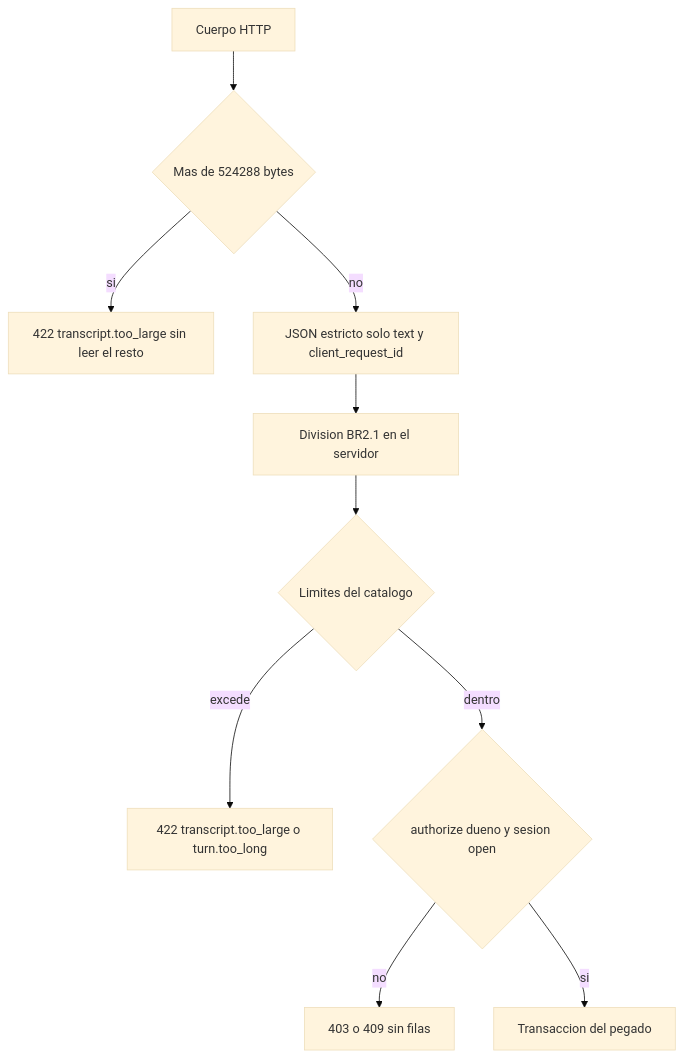
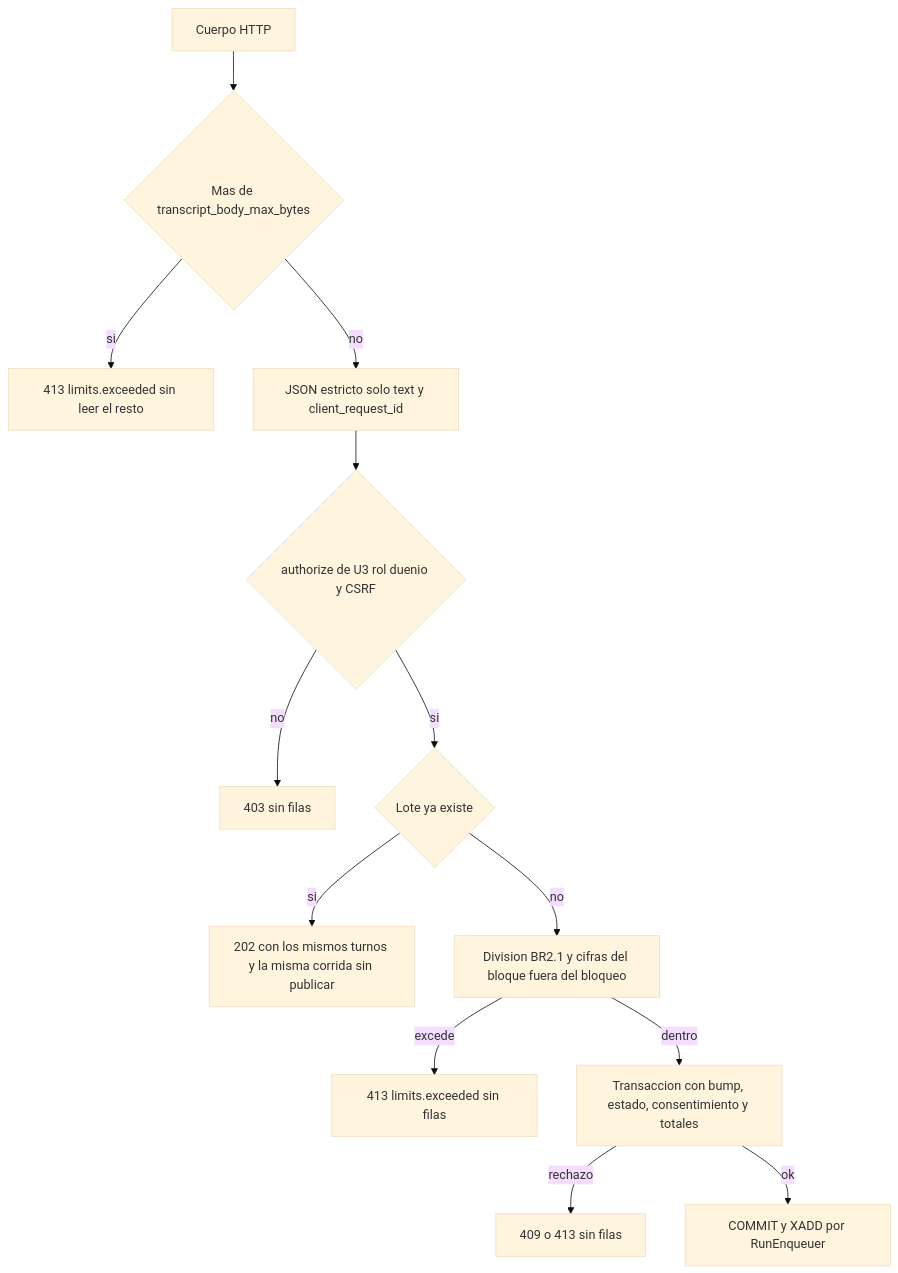
One commit to freyesJaveriana/tai changed the first of 3 diagrams in aidlc/spaces/default/intents/261002-veridicus-mvp/construction/session-lifecycle/nfr-design/security-design.md. Above: the diagram before and after it, drawn with Mermaid (base theme). The commit also changed other lines of this file and 10 other files, not shown here.

````diff
--- a/aidlc/spaces/default/intents/261002-veridicus-mvp/construction/session-lifecycle/nfr-design/security-design.md
+++ b/aidlc/spaces/default/intents/261002-veridicus-mvp/construction/session-lifecycle/nfr-design/security-design.md
@@ -35,12 +57,15 @@
 ```mermaid
 flowchart TD
-  B[Cuerpo HTTP] --> L{Mas de 524288 bytes}
-  L -- si --> R1[422 transcript.too_large sin leer el resto]
+  B[Cuerpo HTTP] --> L{Mas de transcript_body_max_bytes}
+  L -- si --> R1[413 limits.exceeded sin leer el resto]
   L -- no --> J[JSON estricto solo text y client_request_id]
-  J --> S[Division BR2.1 en el servidor]
-  S --> V{Limites del catalogo}
-  V -- excede --> R2[422 transcript.too_large o turn.too_long]
-  V -- dentro --> A{authorize dueno y sesion open}
-  A -- no --> R3[403 o 409 sin filas]
-  A -- si --> T[Transaccion del pegado]
+  J --> A{authorize de U3 rol duenio y CSRF}
+  A -- no --> R2[403 sin filas]
+  A -- si --> E{Lote ya existe}
+  E -- si --> RE[202 con los mismos turnos y la misma corrida sin publicar]
+  E -- no --> S[Division BR2.1 y cifras del bloque fuera del bloqueo]
+  S -- excede --> R3[413 limits.exceeded sin filas]
+  S -- dentro --> T[Transaccion con bump, estado, consentimiento y totales]
+  T -- rechazo --> R4[409 o 413 sin filas]
+  T -- ok --> P[COMMIT y XADD por RunEnqueuer]
 ```
````
